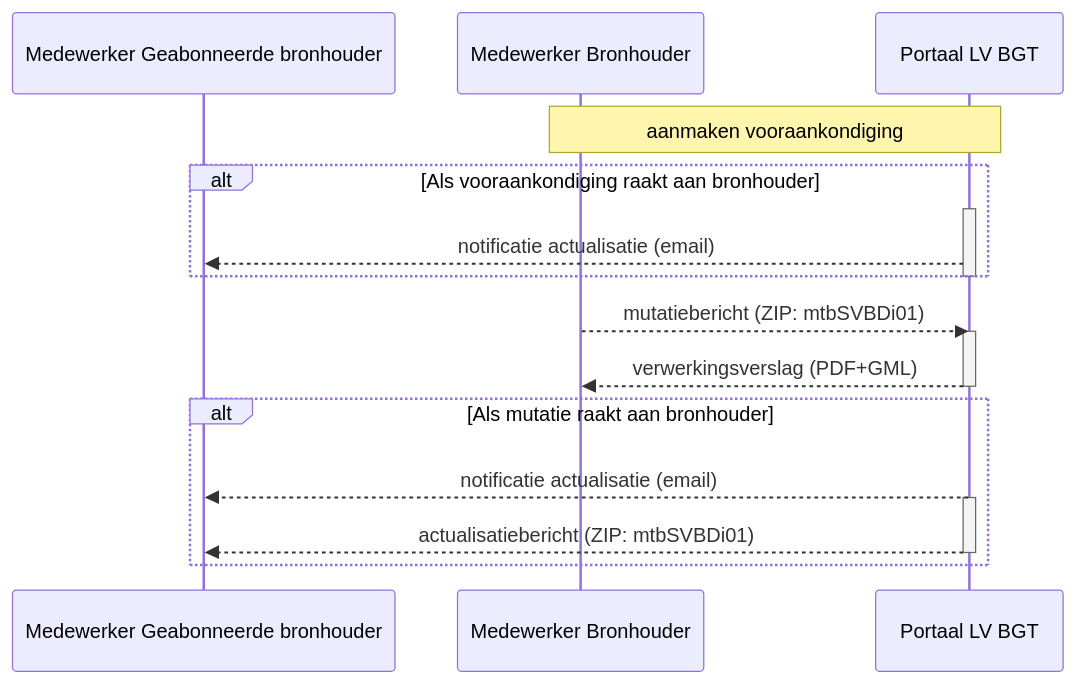
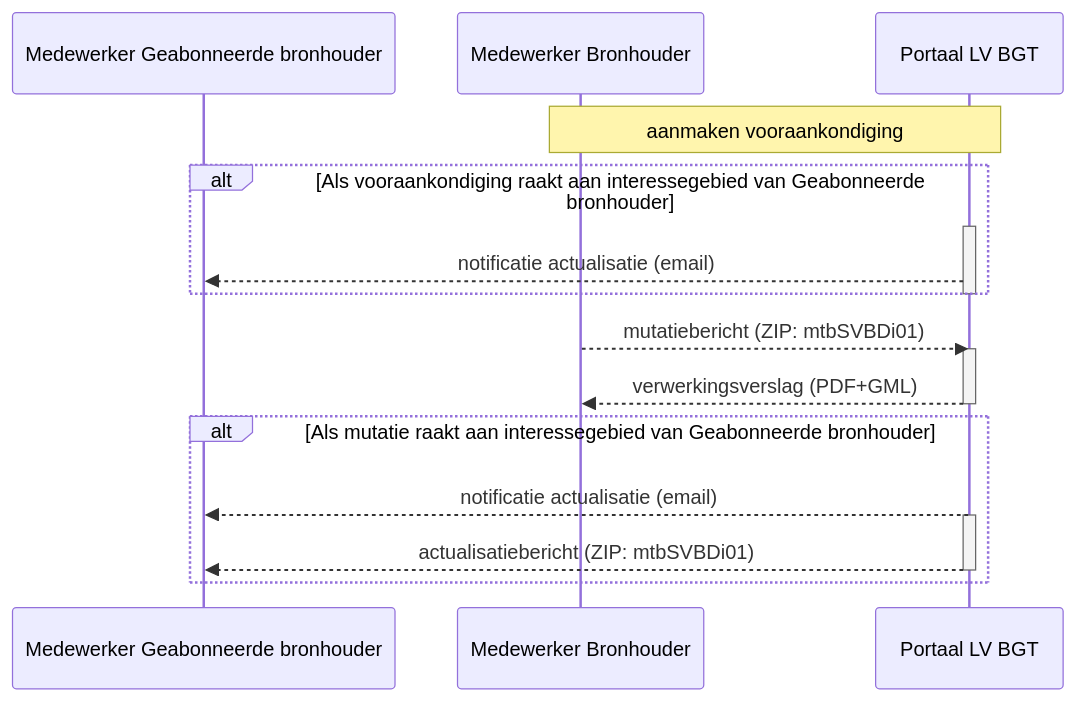
Before and after one commit to Geonovum/IMGeo: the first of 2 diagrams in werkafspraken/bgt-berichtenverkeer/2-werkafspraak.md, drawn with Mermaid. The commit also changed other lines of this file, not shown here.

```diff
--- a/werkafspraken/bgt-berichtenverkeer/2-werkafspraak.md
+++ b/werkafspraken/bgt-berichtenverkeer/2-werkafspraak.md
@@ -67,22 +67,22 @@
 <div class="mermaid">
 sequenceDiagram          
     participant Medewerker Geabonneerde  bronhouder    
     participant Medewerker Bronhouder  
     participant Portaal LV BGT   
     Note over Medewerker Bronhouder, Portaal LV BGT: aanmaken vooraankondiging
-    alt Als vooraankondiging raakt aan bronhouder
+    alt Als vooraankondiging raakt aan interessegebied van Geabonneerde bronhouder
     activate Portaal LV BGT    
     Portaal LV BGT-->>Medewerker Geabonneerde  bronhouder: notificatie actualisatie (email)
     end
     deactivate Portaal LV BGT
     Medewerker Bronhouder-->>Portaal LV BGT: mutatiebericht (ZIP: mtbSVBDi01)   
     activate Portaal LV BGT
     Portaal LV BGT-->>Medewerker Bronhouder: verwerkingsverslag (PDF+GML)
     deactivate Portaal LV BGT
-    alt Als mutatie raakt aan bronhouder
+    alt Als mutatie raakt aan interessegebied van Geabonneerde bronhouder
     Portaal LV BGT-->>Medewerker Geabonneerde  bronhouder: notificatie actualisatie (email)
     activate Portaal LV BGT
     Portaal LV BGT-->>Medewerker Geabonneerde  bronhouder: actualisatiebericht (ZIP: mtbSVBDi01)
     deactivate Portaal LV BGT
     end
 </div>
```
